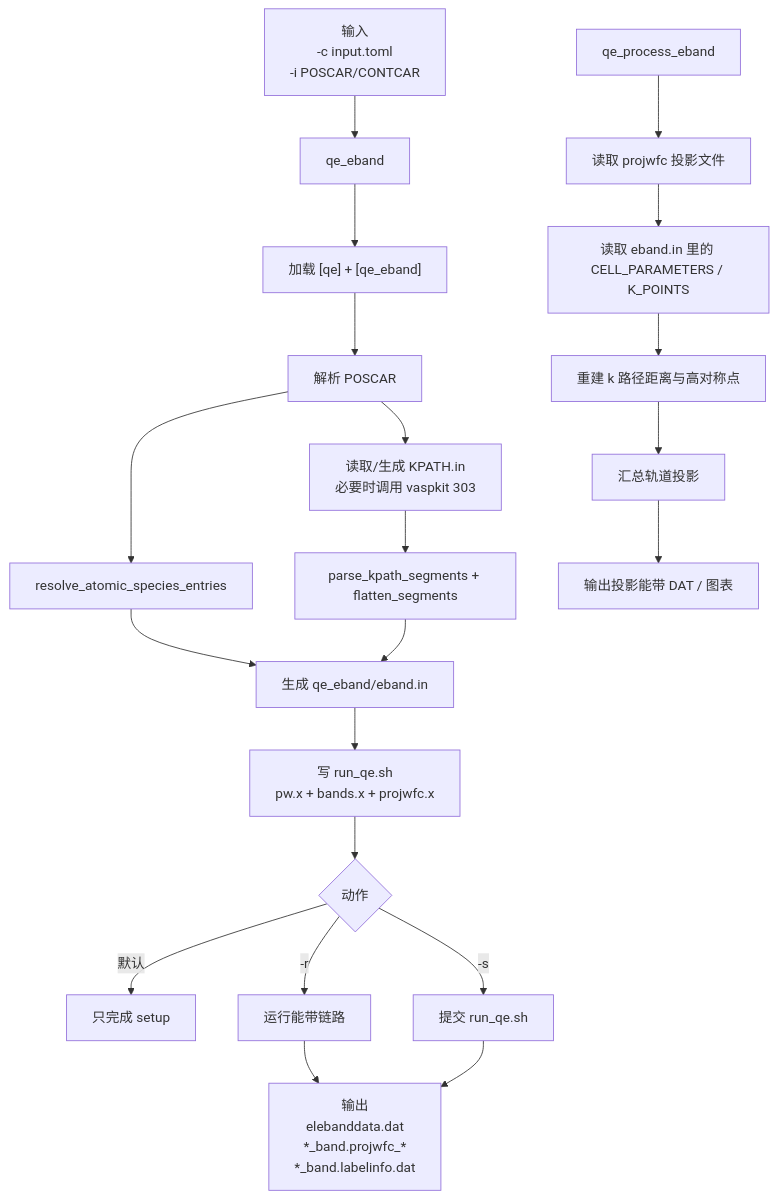
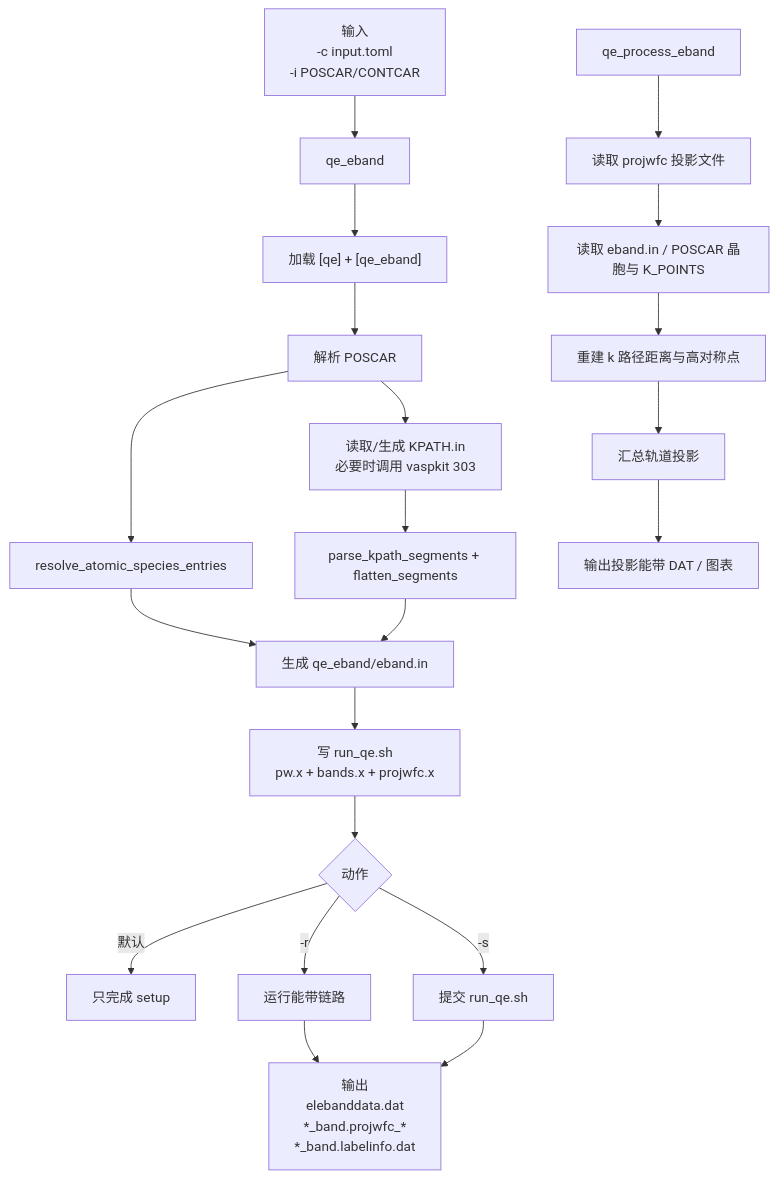
One commit to JLU-ICCMS-MaYuan/dftflow changed the diagram in qeflow/eband/eband-cli-flow.mmd. Above: the diagram before and after it, drawn with Mermaid. The commit also changed 14 other files, not shown here.

```diff
--- a/qeflow/eband/eband-cli-flow.mmd
+++ b/qeflow/eband/eband-cli-flow.mmd
@@ -1,25 +1,25 @@
 ---
 id: ceb1b219-0234-49b9-8ff6-3f078ad9a82b
 ---
 flowchart TD
     A["输入<br/>-c input.toml<br/>-i POSCAR/CONTCAR"] --> B["qe_eband"]
     B --> C["加载 [qe] + [qe_eband]"]
     C --> D["解析 POSCAR"]
     D --> E["读取/生成 KPATH.in<br/>必要时调用 vaspkit 303"]
     E --> F["parse_kpath_segments + flatten_segments"]
     D --> G["resolve_atomic_species_entries"]
     G --> H["生成 qe_eband/eband.in"]
     F --> H
     H --> I["写 run_qe.sh<br/>pw.x + bands.x + projwfc.x"]
     I --> J{"动作"}
     J -->|默认| K["只完成 setup"]
     J -->| -r | L["运行能带链路"]
     J -->| -s | M["提交 run_qe.sh"]
     L --> N["输出<br/>elebanddata.dat<br/>*_band.projwfc_*<br/>*_band.labelinfo.dat"]
     M --> N
 
     O["qe_process_eband"] --> P["读取 projwfc 投影文件"]
-    P --> Q["读取 eband.in 里的 CELL_PARAMETERS / K_POINTS"]
+    P --> Q["读取 eband.in / POSCAR 晶胞与 K_POINTS"]
     Q --> R["重建 k 路径距离与高对称点"]
     R --> S["汇总轨道投影"]
     S --> T["输出投影能带 DAT / 图表"]
```
